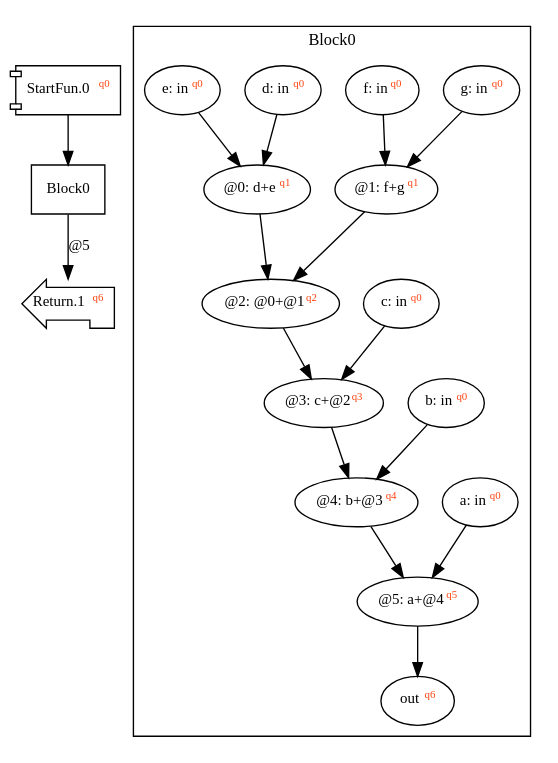
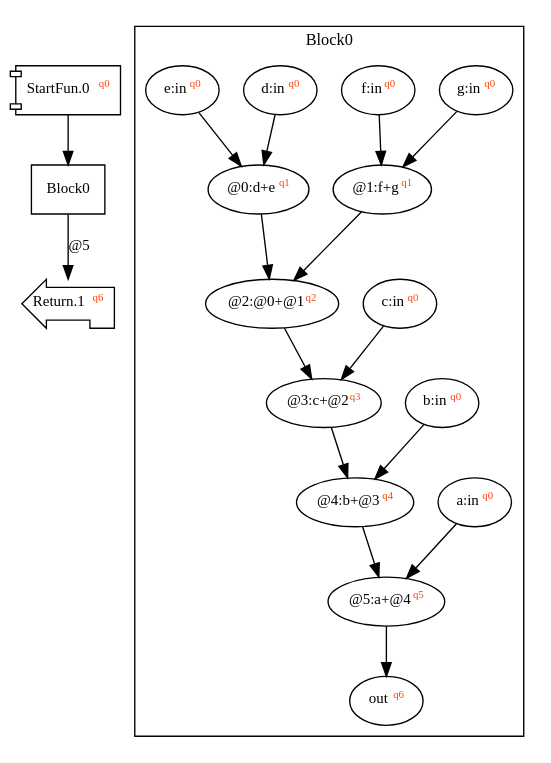
One commit to akouryy/SyntheScala changed the diagram in dist/add7.dot. Above: the diagram before and after it, drawn with Graphviz. The commit also changed 7 other files, not shown here.

Commit message:
Implement interference graph

```diff
--- a/dist/add7.dot
+++ b/dist/add7.dot
@@ -1,13 +1,13 @@
 digraph Program_ {
 graph [fontname = "Monaco", fontsize = 12, ranksep = 0.5];
 node [shape = box, fontname = "Monaco", fontsize = 11; colorscheme = pastel19];
 edge [fontname = "Monaco", fontsize = 11; colorscheme = pastel19];
 Jump0[label = <StartFun.0<font color="#ff4411" point-size="8"><sup>q0</sup></font>>; shape = component];
 Jump0 -> Block0;
 Jump1[label = <Return.1<font color="#ff4411" point-size="8"><sup>q6</sup></font>>; shape = lpromoter];
 Block0 -> Jump1 [label="@5"];
 Block0 [label = "Block0"];
 subgraph cluster_dfg_Block0{
 node [shape = oval];
 label = "Block0";
-ndBlock0_0 [label=<g: in<font color="#ff4411" point-size="8"><sup>q0</sup></font>>];ndBlock0_1 [label=<f: in<font color="#ff4411" point-size="8"><sup>q0</sup></font>>];ndBlock0_2 [label=<a: in<font color="#ff4411" point-size="8"><sup>q0</sup></font>>];ndBlock0_3 [label=<b: in<font color="#ff4411" point-size="8"><sup>q0</sup></font>>];ndBlock0_4 [label=<@5: a+@4<font color="#ff4411" point-size="8"><sup>q5</sup></font>>];ndBlock0_5 [label=<@0: d+e<font color="#ff4411" point-size="8"><sup>q1</sup></font>>];ndBlock0_6 [label=<d: in<font color="#ff4411" point-size="8"><sup>q0</sup></font>>];ndBlock0_7 [label=<@1: f+g<font color="#ff4411" point-size="8"><sup>q1</sup></font>>];ndBlock0_8 [label=<c: in<font color="#ff4411" point-size="8"><sup>q0</sup></font>>];ndBlock0_9 [label=<out<font color="#ff4411" point-size="8"><sup>q6</sup></font>>];ndBlock0_10 [label=<@4: b+@3<font color="#ff4411" point-size="8"><sup>q4</sup></font>>];ndBlock0_11 [label=<@2: @0+@1<font color="#ff4411" point-size="8"><sup>q2</sup></font>>];ndBlock0_12 [label=<e: in<font color="#ff4411" point-size="8"><sup>q0</sup></font>>];ndBlock0_13 [label=<@3: c+@2<font color="#ff4411" point-size="8"><sup>q3</sup></font>>];ndBlock0_3 -> ndBlock0_10; ndBlock0_13 -> ndBlock0_10; ndBlock0_0 -> ndBlock0_7; ndBlock0_1 -> ndBlock0_7; ndBlock0_5 -> ndBlock0_11; ndBlock0_7 -> ndBlock0_11; ndBlock0_8 -> ndBlock0_13; ndBlock0_11 -> ndBlock0_13; ndBlock0_4 -> ndBlock0_9; ndBlock0_2 -> ndBlock0_4; ndBlock0_10 -> ndBlock0_4; ndBlock0_6 -> ndBlock0_5; ndBlock0_12 -> ndBlock0_5; }}
+ndBlock0_0 [label=<g:in<font color="#ff4411" point-size="8"><sup>q0</sup></font>>];ndBlock0_1 [label=<f:in<font color="#ff4411" point-size="8"><sup>q0</sup></font>>];ndBlock0_2 [label=<a:in<font color="#ff4411" point-size="8"><sup>q0</sup></font>>];ndBlock0_3 [label=<b:in<font color="#ff4411" point-size="8"><sup>q0</sup></font>>];ndBlock0_4 [label=<@5:a+@4<font color="#ff4411" point-size="8"><sup>q5</sup></font>>];ndBlock0_5 [label=<@0:d+e<font color="#ff4411" point-size="8"><sup>q1</sup></font>>];ndBlock0_6 [label=<d:in<font color="#ff4411" point-size="8"><sup>q0</sup></font>>];ndBlock0_7 [label=<@1:f+g<font color="#ff4411" point-size="8"><sup>q1</sup></font>>];ndBlock0_8 [label=<c:in<font color="#ff4411" point-size="8"><sup>q0</sup></font>>];ndBlock0_9 [label=<out<font color="#ff4411" point-size="8"><sup>q6</sup></font>>];ndBlock0_10 [label=<@4:b+@3<font color="#ff4411" point-size="8"><sup>q4</sup></font>>];ndBlock0_11 [label=<@2:@0+@1<font color="#ff4411" point-size="8"><sup>q2</sup></font>>];ndBlock0_12 [label=<e:in<font color="#ff4411" point-size="8"><sup>q0</sup></font>>];ndBlock0_13 [label=<@3:c+@2<font color="#ff4411" point-size="8"><sup>q3</sup></font>>];ndBlock0_3 -> ndBlock0_10; ndBlock0_13 -> ndBlock0_10; ndBlock0_0 -> ndBlock0_7; ndBlock0_1 -> ndBlock0_7; ndBlock0_5 -> ndBlock0_11; ndBlock0_7 -> ndBlock0_11; ndBlock0_8 -> ndBlock0_13; ndBlock0_11 -> ndBlock0_13; ndBlock0_4 -> ndBlock0_9; ndBlock0_2 -> ndBlock0_4; ndBlock0_10 -> ndBlock0_4; ndBlock0_6 -> ndBlock0_5; ndBlock0_12 -> ndBlock0_5; }}
```
